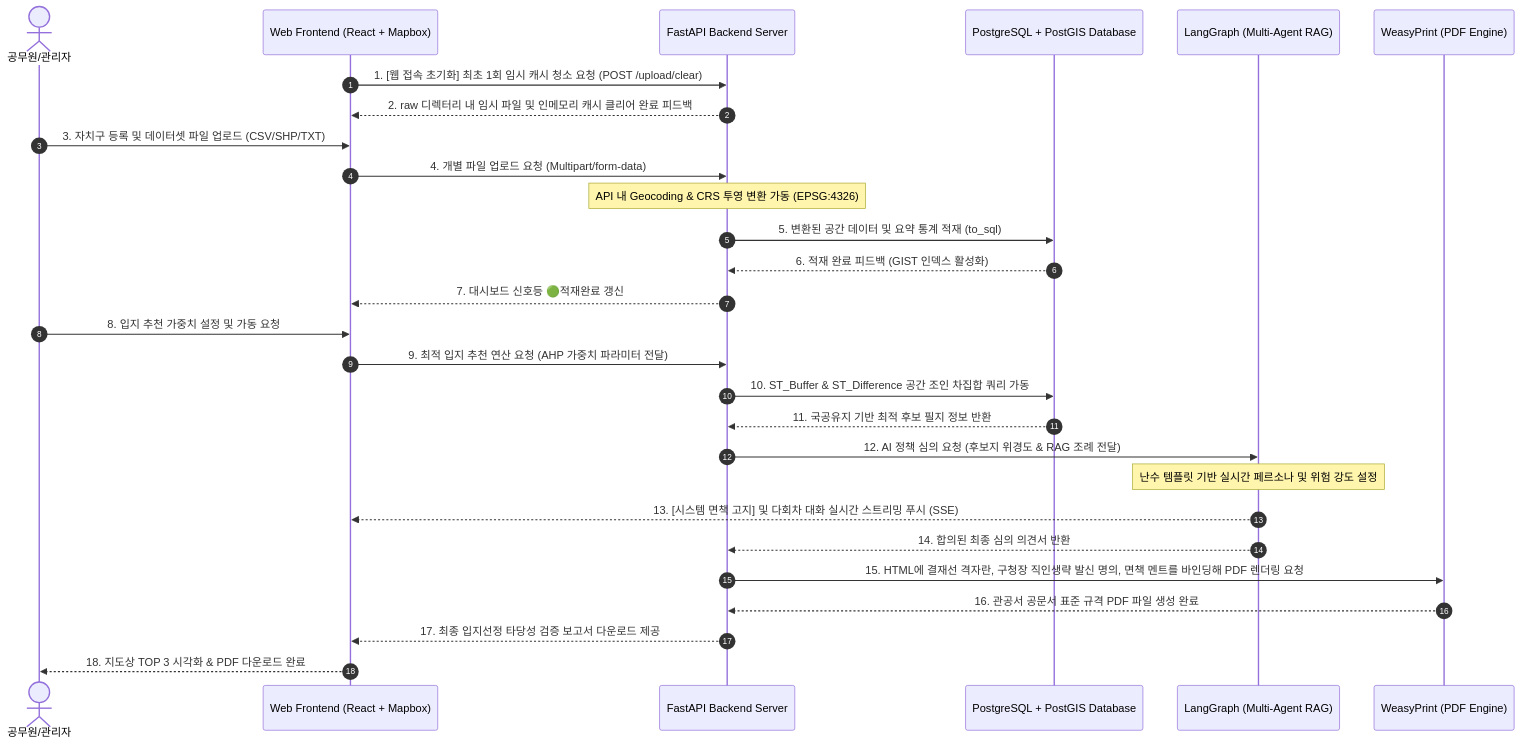
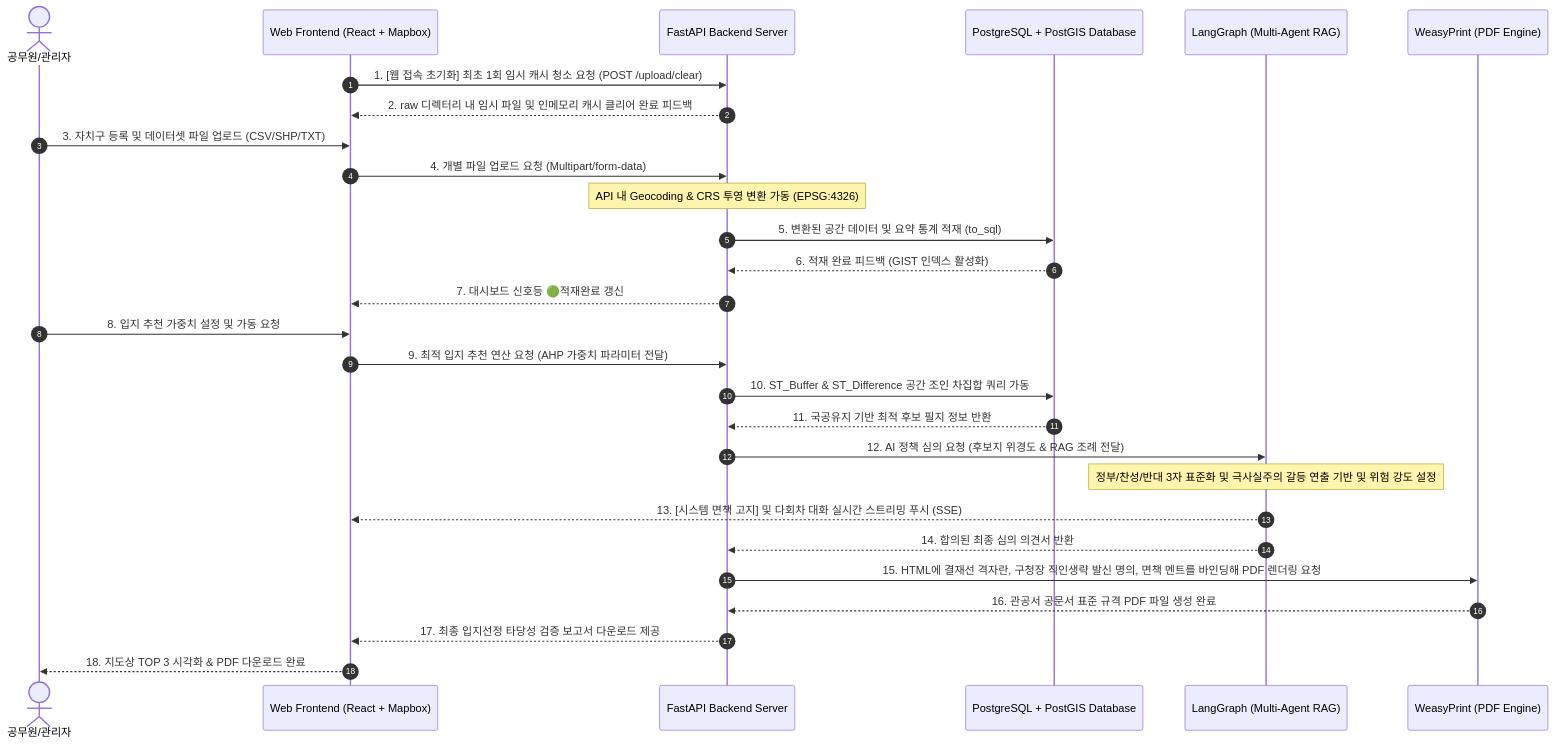
One commit to Jonghyeon-Bae/OmniSite changed the diagram in docs/스마트시티_SDSS_최종기술명세서.md. Above: the diagram before and after it, drawn with Mermaid. The commit also changed other lines of this file and 14 other files, not shown here.

````diff
--- a/docs/스마트시티_SDSS_최종기술명세서.md
+++ b/docs/스마트시티_SDSS_최종기술명세서.md
@@ -87,31 +87,31 @@
 ```mermaid
 sequenceDiagram
     autonumber
     actor Admin as 공무원/관리자
     participant UI as Web Frontend (React + Mapbox)
     participant API as FastAPI Backend Server
     participant DB as PostgreSQL + PostGIS Database
     participant AI as LangGraph (Multi-Agent RAG)
     participant PDF as WeasyPrint (PDF Engine)
 
     UI->>API: 1. [웹 접속 초기화] 최초 1회 임시 캐시 청소 요청 (POST /upload/clear)
     API-->>UI: 2. raw 디렉터리 내 임시 파일 및 인메모리 캐시 클리어 완료 피드백
     Admin->>UI: 3. 자치구 등록 및 데이터셋 파일 업로드 (CSV/SHP/TXT)
     UI->>API: 4. 개별 파일 업로드 요청 (Multipart/form-data)
     Note over API: API 내 Geocoding & CRS 투영 변환 가동 (EPSG:4326)
     API->>DB: 5. 변환된 공간 데이터 및 요약 통계 적재 (to_sql)
     DB-->>API: 6. 적재 완료 피드백 (GIST 인덱스 활성화)
     API-->>UI: 7. 대시보드 신호등 🟢적재완료 갱신
     Admin->>UI: 8. 입지 추천 가중치 설정 및 가동 요청
     UI->>API: 9. 최적 입지 추천 연산 요청 (AHP 가중치 파라미터 전달)
     API->>DB: 10. ST_Buffer & ST_Difference 공간 조인 차집합 쿼리 가동
     DB-->>API: 11. 국공유지 기반 최적 후보 필지 정보 반환
     API->>AI: 12. AI 정책 심의 요청 (후보지 위경도 & RAG 조례 전달)
-    Note over AI: 난수 템플릿 기반 실시간 페르소나 및 위험 강도 설정
+    Note over AI: 정부/찬성/반대 3자 표준화 및 극사실주의 갈등 연출 기반 및 위험 강도 설정
     AI-->>UI: 13. [시스템 면책 고지] 및 다회차 대화 실시간 스트리밍 푸시 (SSE)
     AI-->>API: 14. 합의된 최종 심의 의견서 반환
     API->>PDF: 15. HTML에 결재선 격자란, 구청장 직인생략 발신 명의, 면책 멘트를 바인딩해 PDF 렌더링 요청
     PDF-->>API: 16. 관공서 공문서 표준 규격 PDF 파일 생성 완료
     API-->>UI: 17. 최종 입지선정 타당성 검증 보고서 다운로드 제공
     UI-->>Admin: 18. 지도상 TOP 3 시각화 & PDF 다운로드 완료
 ```
````
